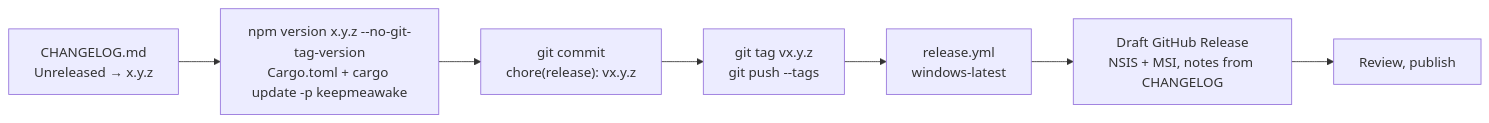
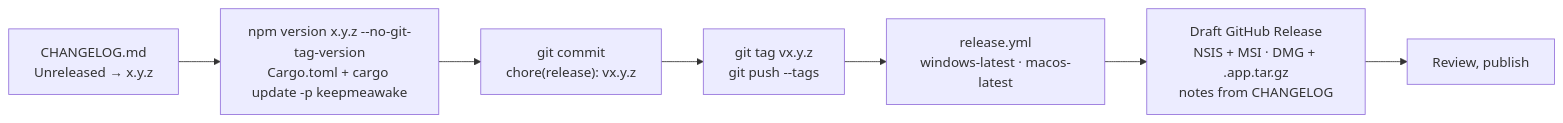
The diagram in docs/releasing.md (ax5hay/KeepMeAwake), drawn with Mermaid before and after one commit. The commit also changed other lines of this file, not shown here.

Commit message:
docs(releasing): the release builds on Windows and macOS

````diff
--- a/docs/releasing.md
+++ b/docs/releasing.md
@@ -17,9 +17,9 @@
 ```mermaid
 flowchart LR
     cl["CHANGELOG.md<br/>Unreleased → x.y.z"] --> bump["npm version x.y.z --no-git-tag-version<br/>Cargo.toml + cargo update -p keepmeawake"]
     bump --> commit["git commit<br/>chore(release): vx.y.z"]
     commit --> tag["git tag vx.y.z<br/>git push --tags"]
-    tag --> ci["release.yml<br/>windows-latest"]
-    ci --> draft["Draft GitHub Release<br/>NSIS + MSI, notes from CHANGELOG"]
+    tag --> ci["release.yml<br/>windows-latest · macos-latest"]
+    ci --> draft["Draft GitHub Release<br/>NSIS + MSI · DMG + .app.tar.gz<br/>notes from CHANGELOG"]
     draft --> publish["Review, publish"]
 ```
````
